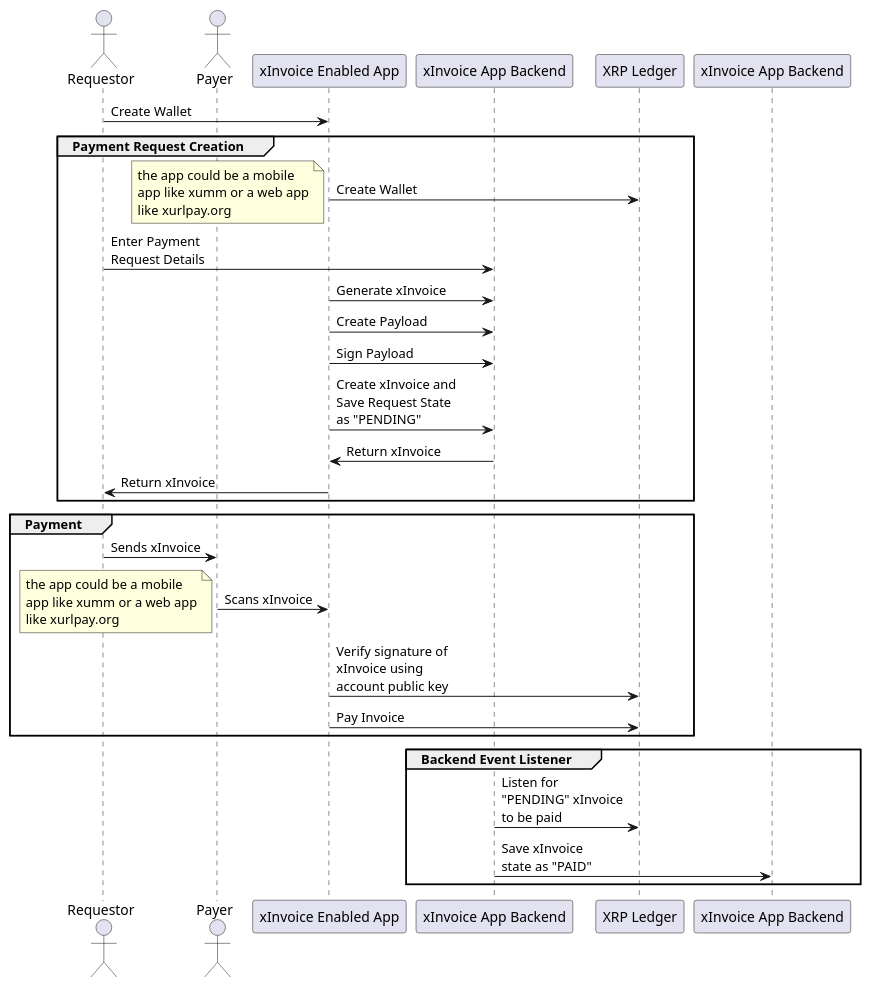
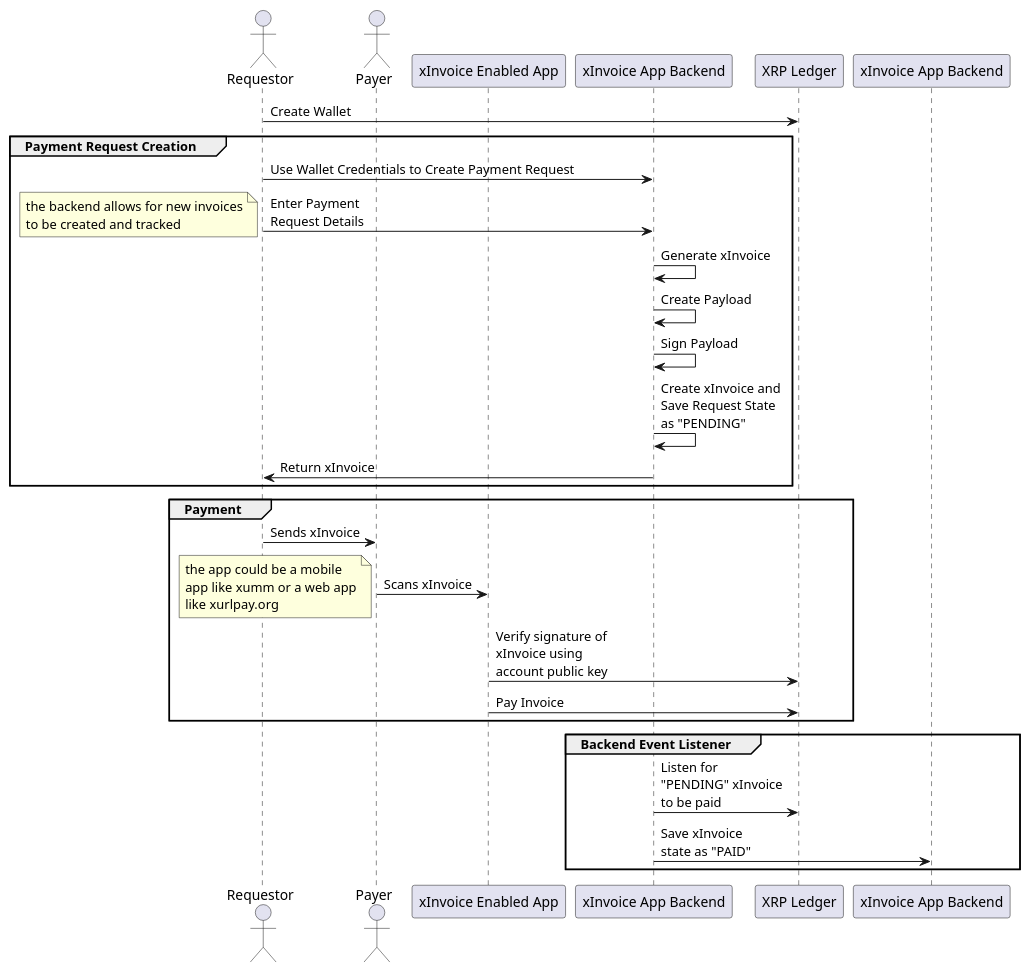
Before and after one commit to claytantor/xrpl-poc-python: the diagram in docs/xinvoice-sequence.puml, drawn with PlantUML.

Commit message:
no app in xinvoice creation

```diff
--- a/docs/xinvoice-sequence.puml
+++ b/docs/xinvoice-sequence.puml
@@ -1,37 +1,36 @@
 @startuml xinvoice_sequence
 
 actor Requestor as Requestor
 actor Payer as Payer
 participant "xInvoice Enabled App" as xInvoiceApp
 participant "xInvoice App Backend" as xInvoiceBackend
 
-Requestor -> xInvoiceApp: Create Wallet
+Requestor -> "XRP Ledger": Create Wallet
 
 group Payment Request Creation
-xInvoiceApp -> "XRP Ledger": Create Wallet
-note left: the app could be a mobile\napp like xumm or a web app\nlike xurlpay.org
-Requestor -> xInvoiceBackend: Enter Payment\nRequest Details
-xInvoiceApp -> xInvoiceBackend: Generate xInvoice
-xInvoiceApp -> xInvoiceBackend: Create Payload
-xInvoiceApp -> xInvoiceBackend: Sign Payload
-xInvoiceApp -> xInvoiceBackend: Create xInvoice and\nSave Request State\nas "PENDING"
-xInvoiceBackend -> xInvoiceApp: Return xInvoice
-xInvoiceApp -> Requestor: Return xInvoice
+    Requestor -> xInvoiceBackend: Use Wallet Credentials to Create Payment Request
+    Requestor -> xInvoiceBackend: Enter Payment\nRequest Details
+    note left: the backend allows for new invoices\nto be created and tracked
+    xInvoiceBackend -> xInvoiceBackend: Generate xInvoice
+    xInvoiceBackend -> xInvoiceBackend: Create Payload
+    xInvoiceBackend -> xInvoiceBackend: Sign Payload
+    xInvoiceBackend -> xInvoiceBackend: Create xInvoice and\nSave Request State\nas "PENDING"
+    xInvoiceBackend -> Requestor: Return xInvoice
 end
 
 group Payment
 Requestor -> "Payer": Sends xInvoice
 Payer -> xInvoiceApp: Scans xInvoice
 note left: the app could be a mobile\napp like xumm or a web app\nlike xurlpay.org
 
 xInvoiceApp -> "XRP Ledger": Verify signature of \nxInvoice using\naccount public key
 xInvoiceApp -> "XRP Ledger": Pay Invoice
 end
 
 group Backend Event Listener
 xInvoiceBackend -> "XRP Ledger": Listen for\n"PENDING" xInvoice\nto be paid
 xInvoiceBackend -> "xInvoice App Backend": Save xInvoice\nstate as "PAID"
 end
 
 
 @enduml
```
